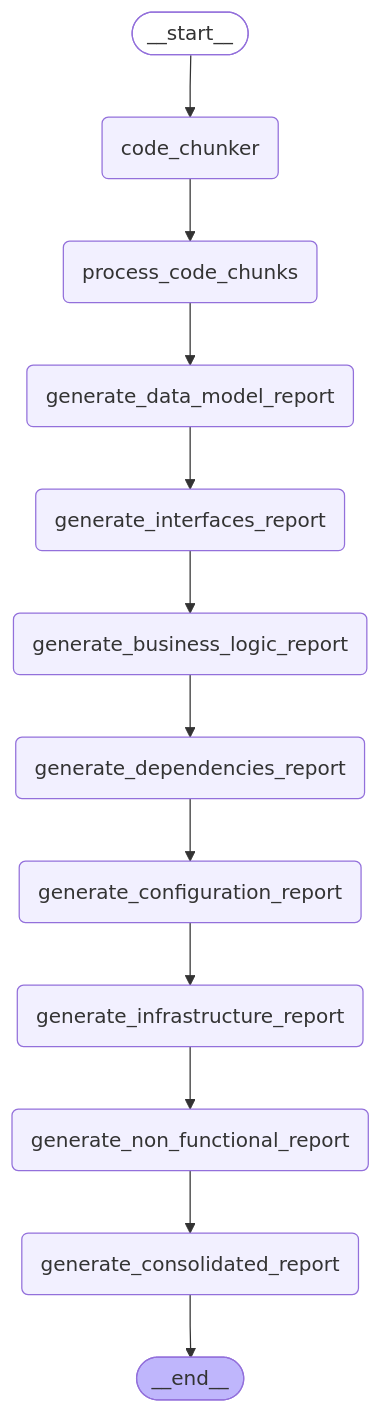
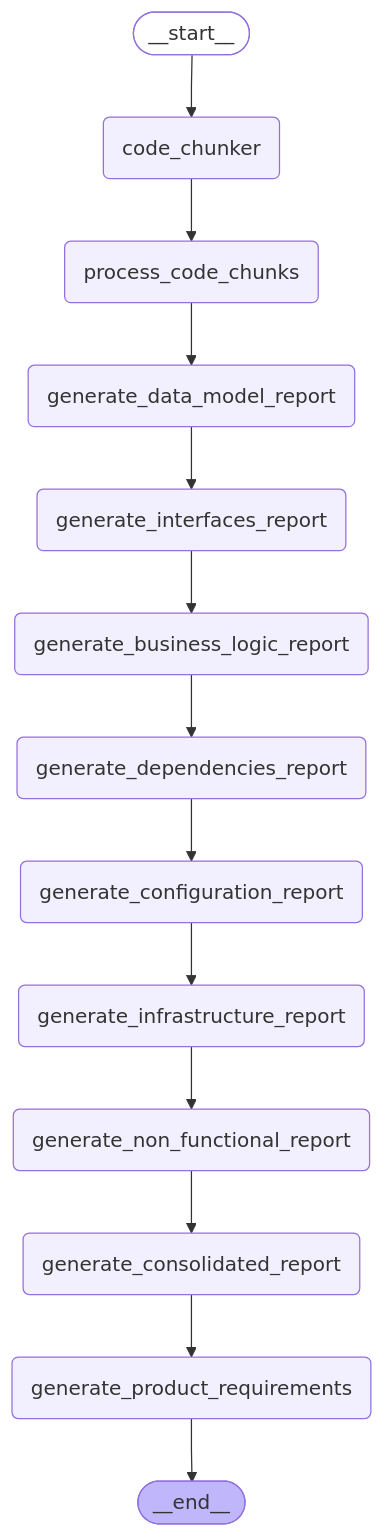
The third of 3 diagrams in README.md (DEFRA/ai-sdlc-code-analysis-api), drawn with Mermaid before and after one commit. The commit also changed 7 other files, not shown here.

Commit message:
feat: add product requirements report generation to code analysis workflow (#5)

````diff
--- a/README.md
+++ b/README.md
@@ -290,35 +290,37 @@
 ```mermaid
 ---
 config:
   flowchart:
     curve: linear
 ---
 graph TD;
 	__start__([<p>__start__</p>]):::first
 	code_chunker(code_chunker)
 	process_code_chunks(process_code_chunks)
 	generate_data_model_report(generate_data_model_report)
 	generate_interfaces_report(generate_interfaces_report)
 	generate_business_logic_report(generate_business_logic_report)
 	generate_dependencies_report(generate_dependencies_report)
 	generate_configuration_report(generate_configuration_report)
 	generate_infrastructure_report(generate_infrastructure_report)
 	generate_non_functional_report(generate_non_functional_report)
 	generate_consolidated_report(generate_consolidated_report)
+	generate_product_requirements(generate_product_requirements)
 	__end__([<p>__end__</p>]):::last
 	__start__ --> code_chunker;
 	code_chunker --> process_code_chunks;
 	generate_business_logic_report --> generate_dependencies_report;
 	generate_configuration_report --> generate_infrastructure_report;
-	generate_consolidated_report --> __end__;
+	generate_consolidated_report --> generate_product_requirements;
 	generate_data_model_report --> generate_interfaces_report;
 	generate_dependencies_report --> generate_configuration_report;
 	generate_infrastructure_report --> generate_non_functional_report;
 	generate_interfaces_report --> generate_business_logic_report;
 	generate_non_functional_report --> generate_consolidated_report;
+	generate_product_requirements --> __end__;
 	process_code_chunks --> generate_data_model_report;
 	classDef default fill:#f2f0ff,line-height:1.2
 	classDef first fill-opacity:0
 	classDef last fill:#bfb6fc
 
 ```
````
